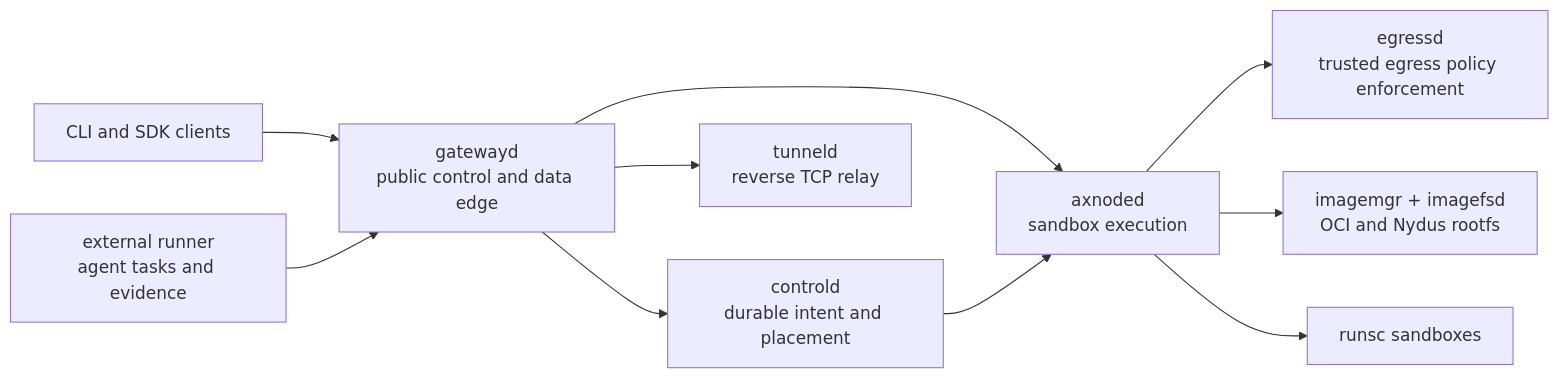
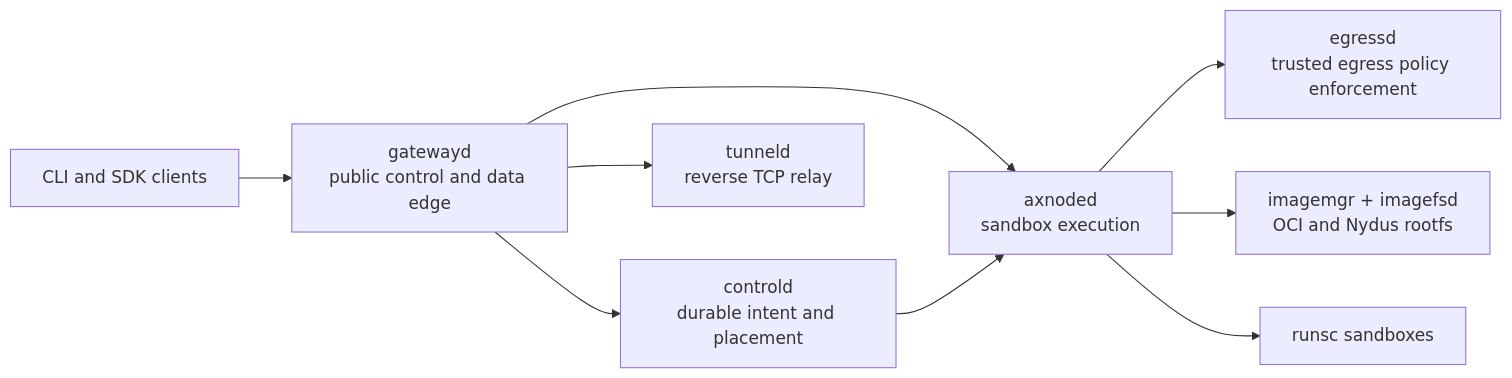
The diagram in README.md (cofy-x/axern), drawn with Mermaid before and after one commit. The commit also changed other lines of this file and 296 other files, not shown here.

````diff
--- a/README.md
+++ b/README.md
@@ -84,12 +84,11 @@
 ```mermaid
 flowchart LR
     Client["CLI and SDK clients"] --> Gateway["gatewayd\npublic control and data edge"]
     Gateway --> Control["controld\ndurable intent and placement"]
     Gateway --> Tunnel["tunneld\nreverse TCP relay"]
     Gateway --> Node["axnoded\nsandbox execution"]
     Control --> Node
     Node --> Egress["egressd\ntrusted egress policy enforcement"]
     Node --> Image["imagemgr + imagefsd\nOCI and Nydus rootfs"]
     Node --> Runtime["runsc sandboxes"]
-    Runner["external runner\nagent tasks and evidence"] --> Gateway
 ```
````
